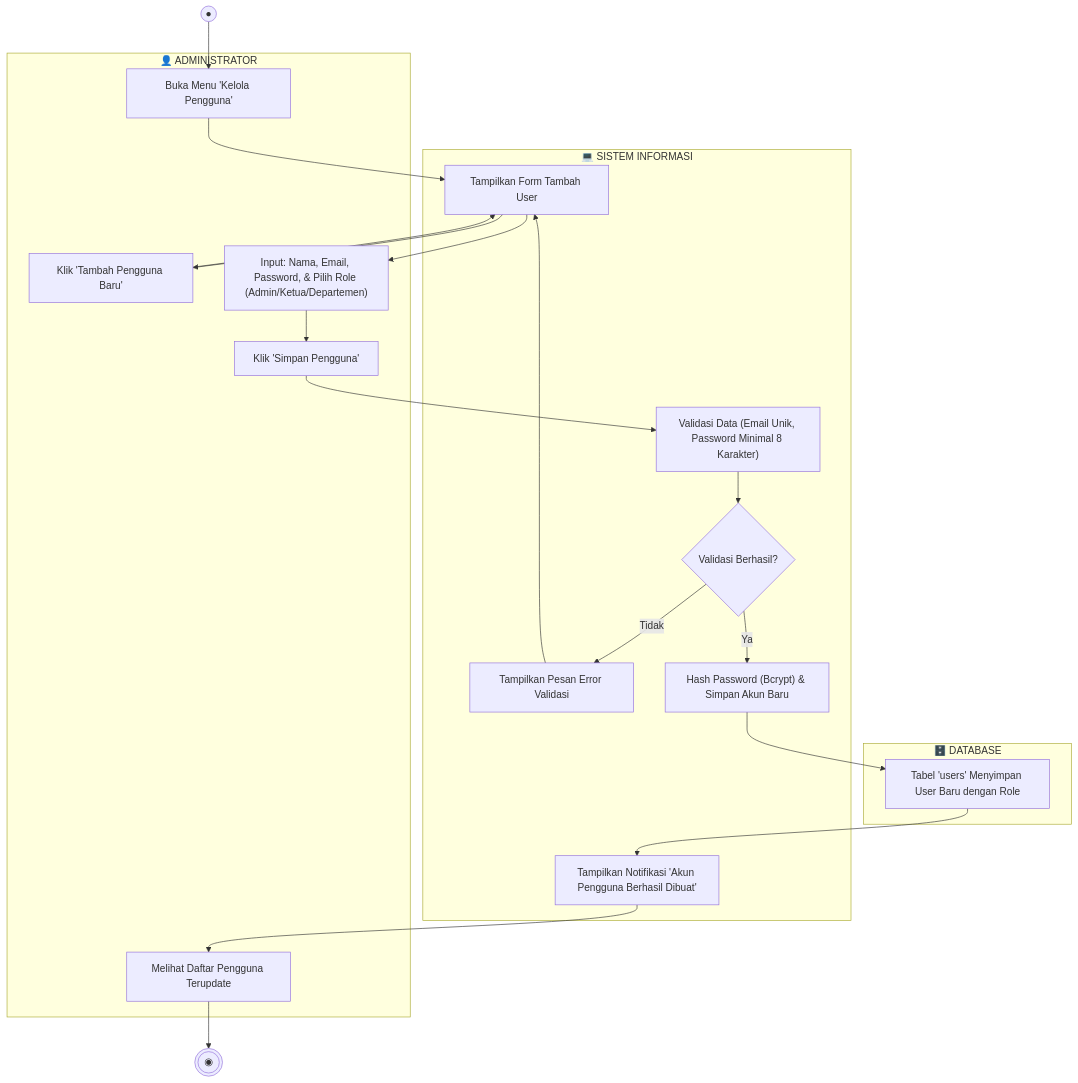
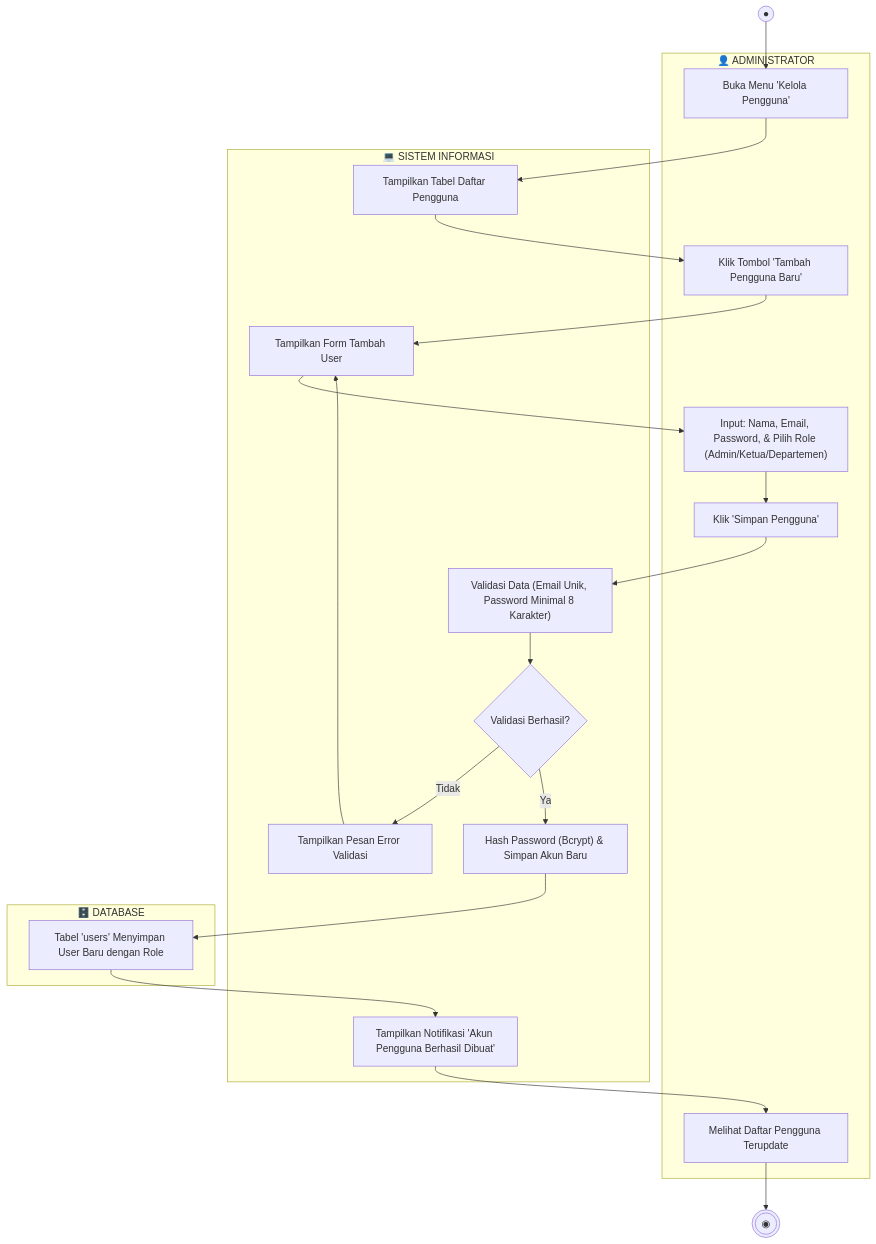
The seventh of 7 diagrams in ACTIVITY_DIAGRAM.md (rizalmhmd/pk-ipnu-ippnu), drawn with Mermaid before and after one commit. The commit also changed other lines of this file and 13 other files, not shown here.

````diff
--- a/ACTIVITY_DIAGRAM.md
+++ b/ACTIVITY_DIAGRAM.md
@@ -244,30 +254,31 @@
 ```mermaid
 flowchart TD
     Start((●))
     EndNode(((◉)))
 
     subgraph AdminUser["👤 ADMINISTRATOR"]
         U1["Buka Menu 'Kelola Pengguna'"]
-        U2["Klik 'Tambah Pengguna Baru'"]
+        U2["Klik Tombol 'Tambah Pengguna Baru'"]
         U3["Input: Nama, Email, Password, & Pilih Role (Admin/Ketua/Departemen)"]
         U4["Klik 'Simpan Pengguna'"]
         U5["Melihat Daftar Pengguna Terupdate"]
     end
 
     subgraph SistemUser["💻 SISTEM INFORMASI"]
-        SU1["Tampilkan Form Tambah User"]
-        SU2["Validasi Data (Email Unik, Password Minimal 8 Karakter)"]
-        SU3{"Validasi Berhasil?"}
-        SU4["Tampilkan Pesan Error Validasi"]
-        SU5["Hash Password (Bcrypt) & Simpan Akun Baru"]
-        SU6["Tampilkan Notifikasi 'Akun Pengguna Berhasil Dibuat'"]
+        SU1["Tampilkan Tabel Daftar Pengguna"]
+        SU2["Tampilkan Form Tambah User"]
+        SU3["Validasi Data (Email Unik, Password Minimal 8 Karakter)"]
+        SU4{"Validasi Berhasil?"}
+        SU5["Tampilkan Pesan Error Validasi"]
+        SU6["Hash Password (Bcrypt) & Simpan Akun Baru"]
+        SU7["Tampilkan Notifikasi 'Akun Pengguna Berhasil Dibuat'"]
     end
 
     subgraph DBUser["🗄️ DATABASE"]
         DU1["Tabel 'users' Menyimpan User Baru dengan Role"]
     end
 
-    Start --> U1 --> SU1 --> U2 --> SU1 --> U3 --> U4 --> SU2 --> SU3
-    SU3 -- "Tidak" --> SU4 --> SU1
-    SU3 -- "Ya" --> SU5 --> DU1 --> SU6 --> U5 --> EndNode
+    Start --> U1 --> SU1 --> U2 --> SU2 --> U3 --> U4 --> SU3 --> SU4
+    SU4 -- "Tidak" --> SU5 --> SU2
+    SU4 -- "Ya" --> SU6 --> DU1 --> SU7 --> U5 --> EndNode
 ```
````
